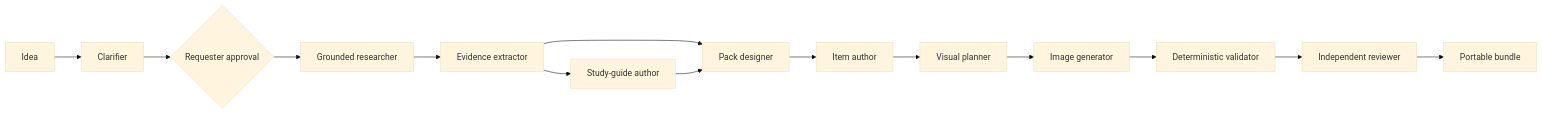
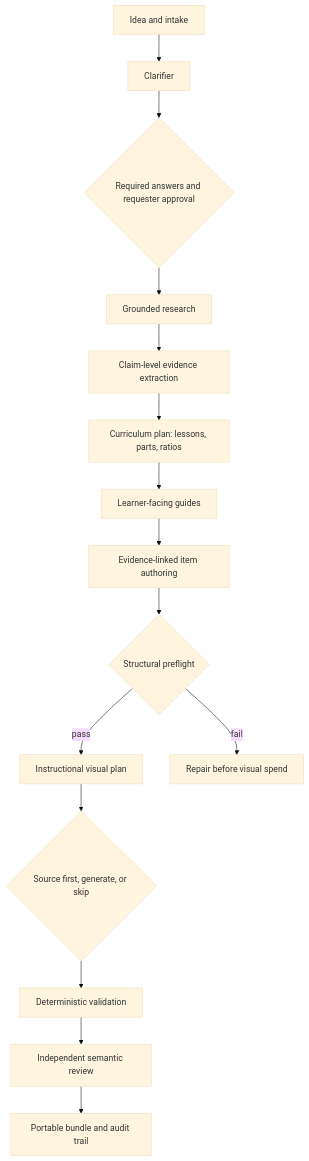
The diagram in docs/ARCHITECTURE.md (FlashFeedLearningApp/knowledge-pack-studio), drawn with Mermaid (base theme) before and after one commit. The commit also changed other lines of this file and 36 other files, not shown here.

````diff
--- a/docs/ARCHITECTURE.md
+++ b/docs/ARCHITECTURE.md
@@ -10,16 +9,17 @@
 ```mermaid
-flowchart LR
-    A[Idea] --> B[Clarifier]
-    B --> C{Requester approval}
-    C --> D[Grounded researcher]
-    D --> E[Evidence extractor]
-    E --> F[Study-guide author]
-    E --> G[Pack designer]
-    F --> G
-    G --> H[Item author]
-    H --> I[Visual planner]
-    I --> J[Image generator]
-    J --> K[Deterministic validator]
-    K --> L[Independent reviewer]
-    L --> M[Portable bundle]
+flowchart TD
+    A["Idea and intake"] --> B["Clarifier"]
+    B --> C{"Required answers and requester approval"}
+    C --> D["Grounded research"]
+    D --> E["Claim-level evidence extraction"]
+    E --> F["Curriculum plan: lessons, parts, ratios"]
+    F --> G["Learner-facing guides"]
+    G --> H["Evidence-linked item authoring"]
+    H --> I{"Structural preflight"}
+    I -->|pass| J["Instructional visual plan"]
+    I -->|fail| R["Repair before visual spend"]
+    J --> K{"Source first, generate, or skip"}
+    K --> L["Deterministic validation"]
+    L --> M["Independent semantic review"]
+    M --> N["Portable bundle and audit trail"]
 ```
````
